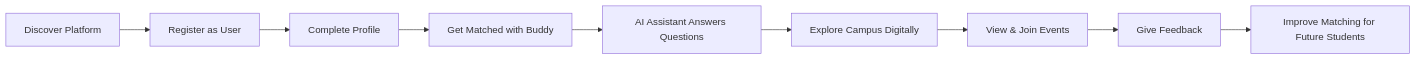
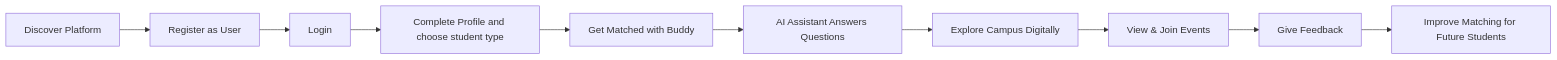
Before and after one commit to dat1507/buddyWebVer2: the first of 11 diagrams in implementation_plan_vgu_buddy.md, drawn with Mermaid. The commit also changed other lines of this file and 38 other files, not shown here.

````diff
--- a/implementation_plan_vgu_buddy.md
+++ b/implementation_plan_vgu_buddy.md
@@ -93,11 +107,12 @@
 ```mermaid
 graph LR
     A[Discover Platform] --> B[Register as User]
-    B --> C[Complete Profile]
+    B --> LOGIN[Login]
+    LOGIN --> C[Complete Profile and choose student type]
     C --> D[Get Matched with Buddy]
     D --> E[AI Assistant Answers Questions]
     E --> F[Explore Campus Digitally]
     F --> G[View & Join Events]
     G --> H[Give Feedback]
     H --> I[Improve Matching for Future Students]
 ```
````
